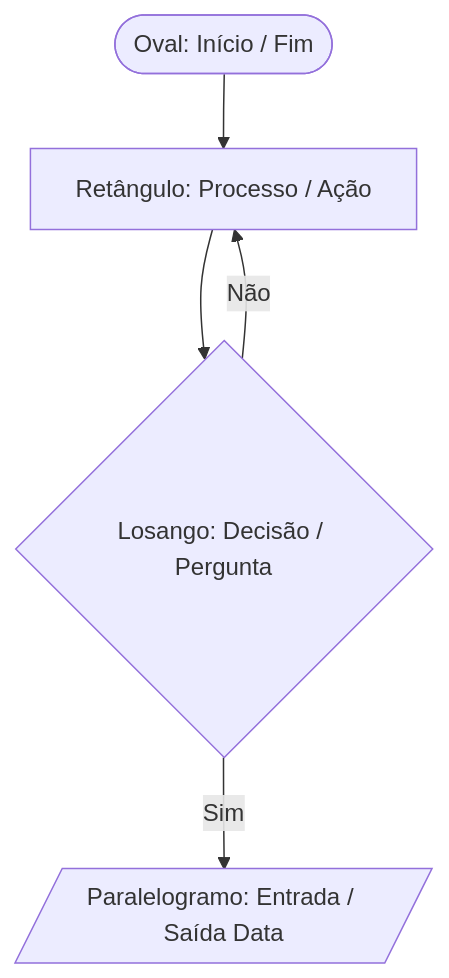
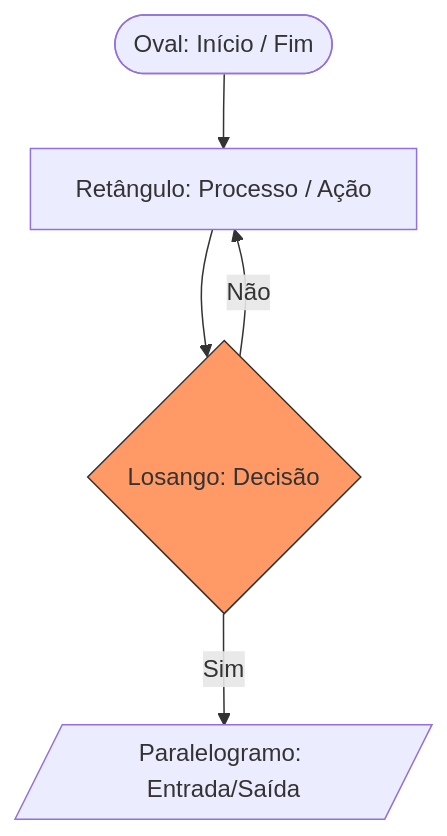
One commit to ricardotecpro/ads_mod_01_fundamentos_da_computacao changed the diagram in docs/aulas/aula-15.md. Above: the diagram before and after it, drawn with Mermaid. The commit also changed other lines of this file and 31 other files, not shown here.

````diff
--- a/docs/aulas/aula-15.md
+++ b/docs/aulas/aula-15.md
@@ -40,12 +45,13 @@
 ```mermaid
 graph TD
-    A([Oval: Início / Fim])
-    B[Retângulo: Processo / Ação]
-    C{Losango: Decisão / Pergunta}
-    D[/Paralelogramo: Entrada / Saída Data/]
+    A(["Oval: Início / Fim"])
+    B["Retângulo: Processo / Ação"]
+    C{"Losango: Decisão"}
+    D[/"Paralelogramo: Entrada/Saída"/]
     
     A --> B
     B --> C
-    C -- Sim --> D
-    C -- Não --> B
+    C -- "Sim" --> D
+    C -- "Não" --> B
+    style C fill:#f96,stroke:#333
 ```
````
